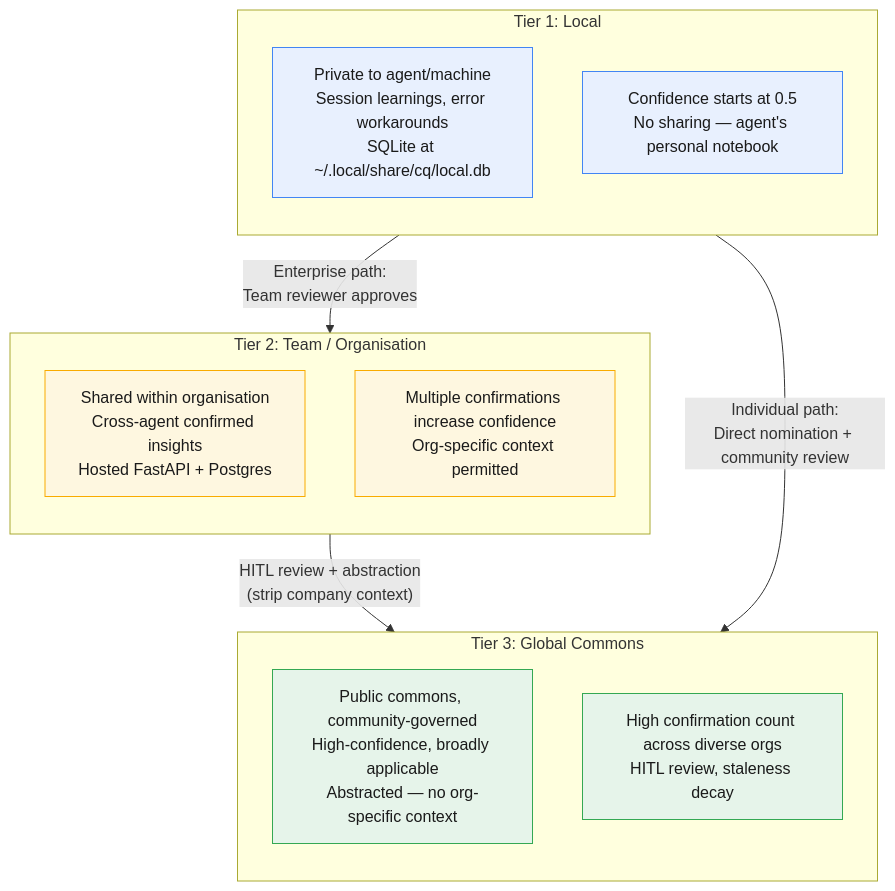
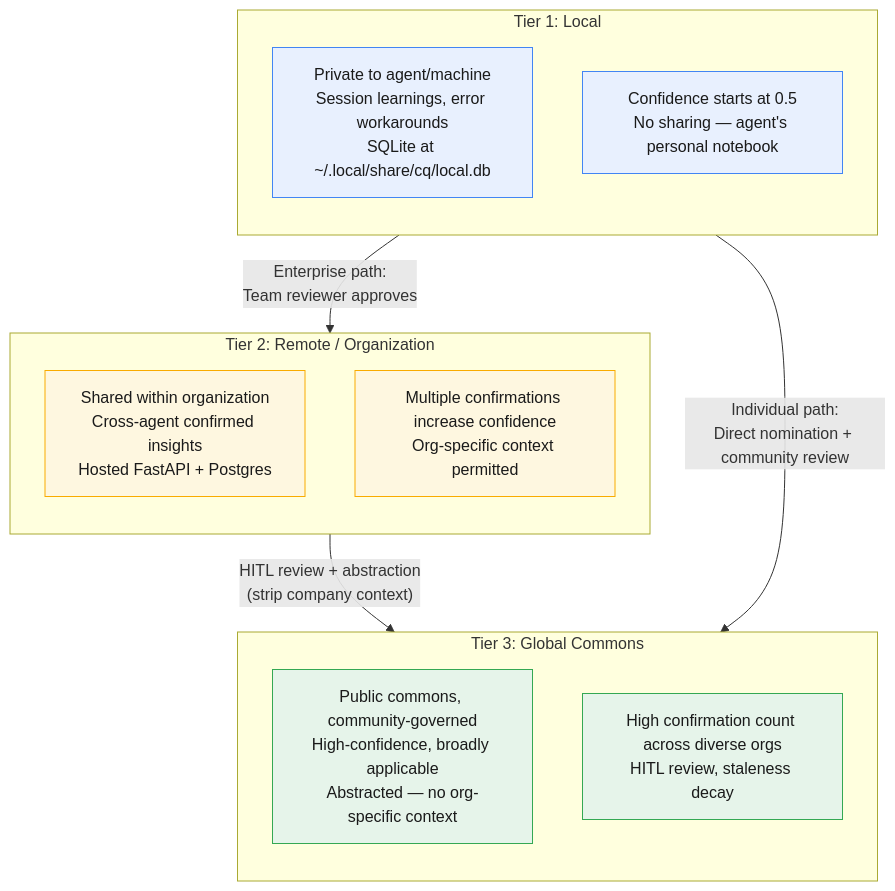
The third of 8 diagrams in docs/architecture.md (mozilla-ai/cq), drawn with Mermaid before and after one commit. The commit also changed other lines of this file and 16 other files, not shown here.

````diff
--- a/docs/architecture.md
+++ b/docs/architecture.md
@@ -104,32 +104,32 @@
 ```mermaid
 flowchart TB
     subgraph local["Tier 1: Local"]
         direction TB
         l_desc["Private to agent/machine\nSession learnings, error workarounds\nSQLite at ~/.local/share/cq/local.db"]
         l_conf["Confidence starts at 0.5\nNo sharing — agent's personal notebook"]
     end
 
-    subgraph team["Tier 2: Team / Organisation"]
+    subgraph team["Tier 2: Remote / Organization"]
         direction TB
-        t_desc["Shared within organisation\nCross-agent confirmed insights\nHosted FastAPI + Postgres"]
+        t_desc["Shared within organization\nCross-agent confirmed insights\nHosted FastAPI + Postgres"]
         t_conf["Multiple confirmations increase confidence\nOrg-specific context permitted"]
     end
 
     subgraph global["Tier 3: Global Commons"]
         direction TB
         g_desc["Public commons, community-governed\nHigh-confidence, broadly applicable\nAbstracted — no org-specific context"]
         g_conf["High confirmation count across diverse orgs\nHITL review, staleness decay"]
     end
 
     local -->|"Enterprise path:\nTeam reviewer approves"| team
     team -->|"HITL review + abstraction\n(strip company context)"| global
     local -->|"Individual path:\nDirect nomination + community review"| global
 
     classDef localStyle fill:#e8f0fe,stroke:#4285f4,color:#1a1a1a
     classDef teamStyle fill:#fef7e0,stroke:#f9ab00,color:#1a1a1a
     classDef globalStyle fill:#e6f4ea,stroke:#34a853,color:#1a1a1a
 
     class l_desc,l_conf localStyle
     class t_desc,t_conf teamStyle
     class g_desc,g_conf globalStyle
 ```
````
